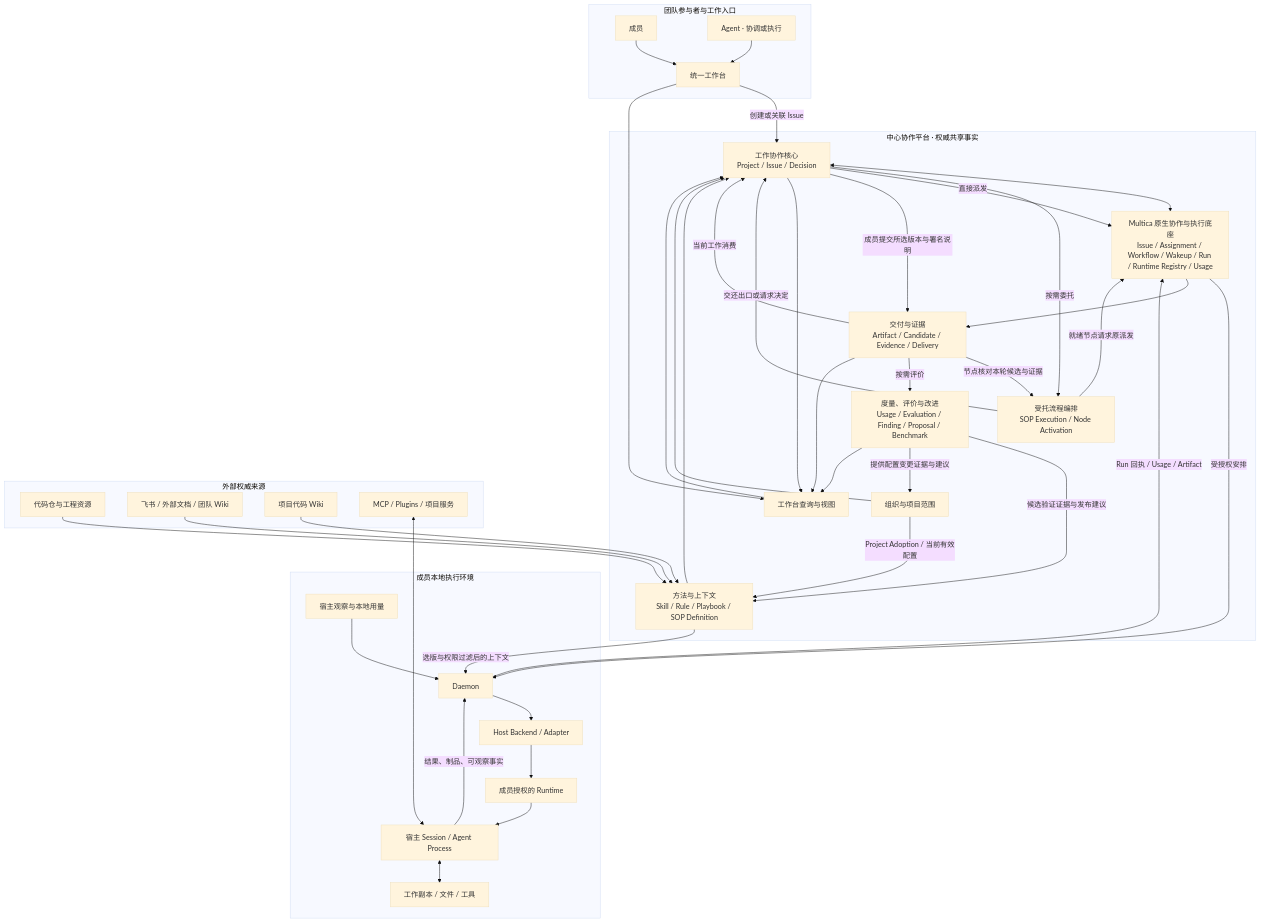
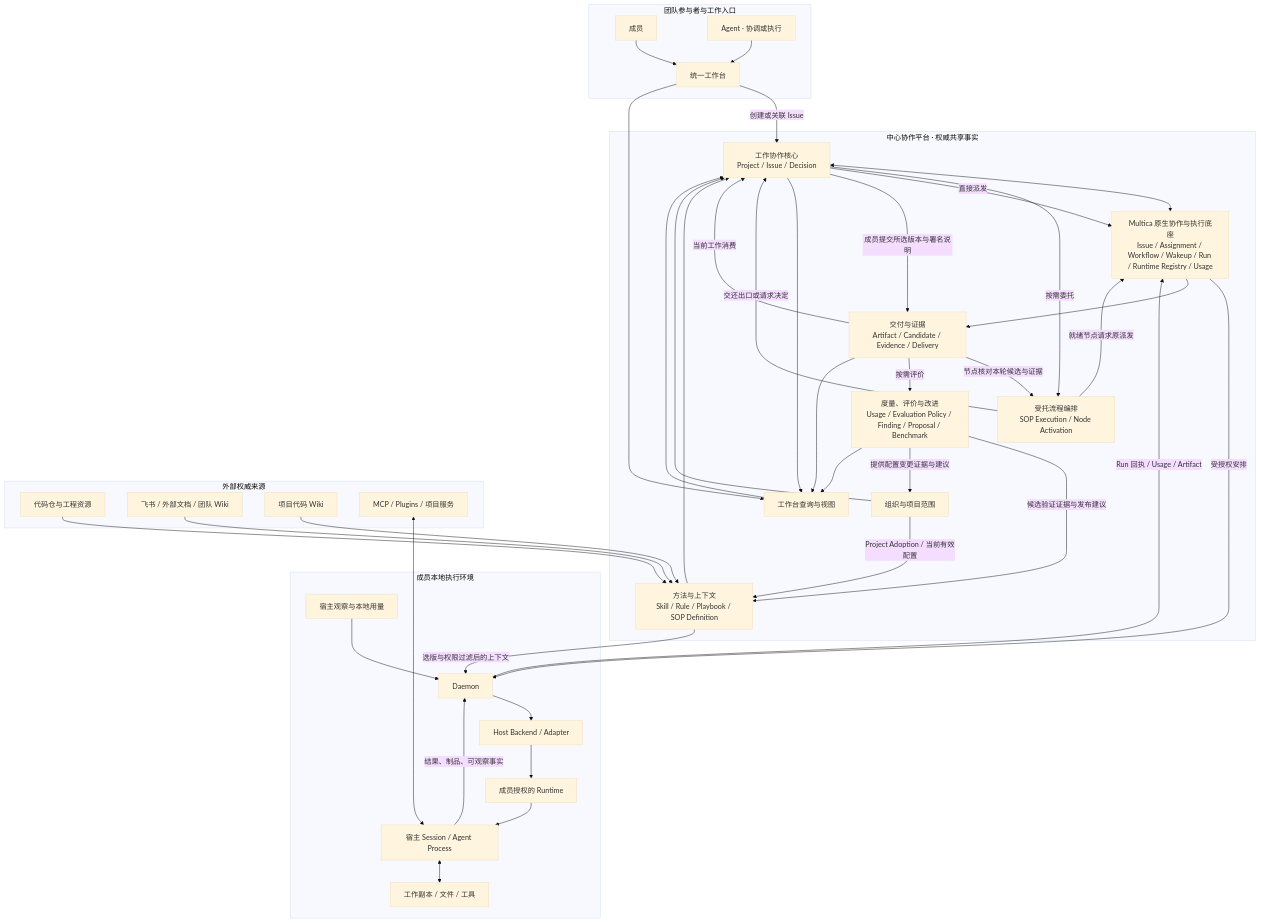
Before and after one commit to ScWen7/Issues: the first of 7 diagrams in docs/architecture/system-architecture.md, drawn with Mermaid (base theme). The commit also changed other lines of this file, not shown here.

Commit message:
docs: integrate D11 evaluation policy into system architecture

```diff
--- a/docs/architecture/system-architecture.md
+++ b/docs/architecture/system-architecture.md
@@ -19,66 +19,66 @@
 ~~~mermaid
 flowchart TB
   subgraph People["团队参与者与工作入口"]
     Member["成员"]
     Agent["Agent · 协调或执行"]
     UI["统一工作台"]
   end
   subgraph Center["中心协作平台 · 权威共享事实"]
     Org["组织与项目范围"]
     Work["工作协作核心<br/>Project / Issue / Decision"]
     Method["方法与上下文<br/>Skill / Rule / Playbook / SOP Definition"]
     Flow["受托流程编排<br/>SOP Execution / Node Activation"]
     Delivery["交付与证据<br/>Artifact / Candidate / Evidence / Delivery"]
-    Insight["度量、评价与改进<br/>Usage / Evaluation / Finding / Proposal / Benchmark"]
+    Insight["度量、评价与改进<br/>Usage / Evaluation Policy / Finding / Proposal / Benchmark"]
     Read["工作台查询与视图"]
     Multica["Multica 原生协作与执行底座<br/>Issue / Assignment / Workflow / Wakeup / Run / Runtime Registry / Usage"]
   end
   subgraph Local["成员本地执行环境"]
     Daemon["Daemon"]
     Adapter["Host Backend / Adapter"]
     Runtime["成员授权的 Runtime"]
     Session["宿主 Session / Agent Process"]
     Workspace["工作副本 / 文件 / 工具"]
     Observation["宿主观察与本地用量"]
   end
   subgraph Sources["外部权威来源"]
     Repo["代码仓与工程资源"]
     Docs["飞书 / 外部文档 / 团队 Wiki"]
     CodeWiki["项目代码 Wiki"]
     Tools["MCP / Plugins / 项目服务"]
   end
   Member --> UI
   Agent --> UI
   UI -->|"创建或关联 Issue"| Work
   UI --> Read
   Read --> Work
   Org --> Work
   Work <--> Multica
   Method --> Work
   Work -->|"按需委托"| Flow
   Flow -->|"就绪节点请求原派发"| Multica
   Work -->|"直接派发"| Multica
   Multica -->|"受授权安排"| Daemon
   Daemon --> Adapter --> Runtime --> Session
   Session <--> Workspace
   Tools <--> Session
   Repo --> Method
   Docs --> Method
   CodeWiki --> Method
   Method -->|"选版与权限过滤后的上下文"| Daemon
   Session -->|"结果、制品、可观察事实"| Daemon
   Observation --> Daemon
   Daemon -->|"Run 回执 / Usage / Artifact"| Multica
   Multica --> Delivery
   Work -->|"成员提交所选版本与署名说明"| Delivery
   Delivery -->|"节点核对本轮候选与证据"| Flow
   Flow -->|"交还出口或请求决定"| Work
   Delivery -->|"当前工作消费"| Work
   Delivery -->|"按需评价"| Insight
   Insight -->|"候选验证证据与发布建议"| Method
   Insight -->|"提供配置变更证据与建议"| Org
   Org -->|"Project Adoption / 当前有效配置"| Method
   Insight --> Read
   Delivery --> Read
   Work --> Read
 ~~~
```
